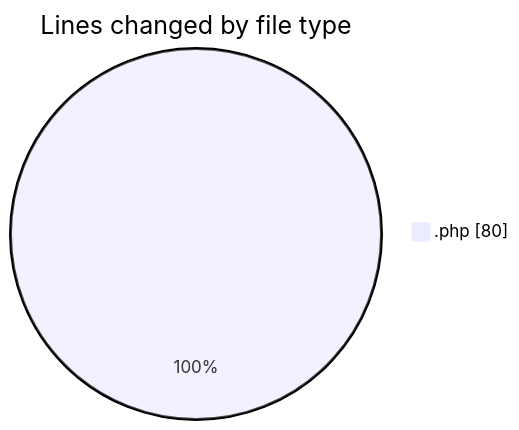
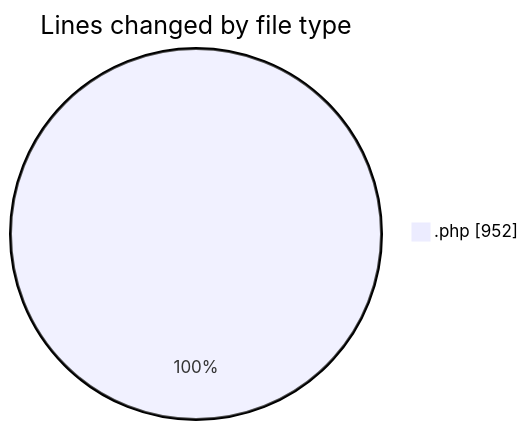
The first of 2 diagrams in 2026-08-28/oficina/README.md (LanceThiago/code-tracking), drawn with Mermaid before and after one commit. The commit also changed other lines of this file and 1 other file, not shown here.

````diff
--- a/2026-08-28/oficina/README.md
+++ b/2026-08-28/oficina/README.md
@@ -20,5 +20,5 @@
 ```mermaid
 pie showData
 title Lines changed by file type
-".php" : 80
+".php" : 952
 ```
````
